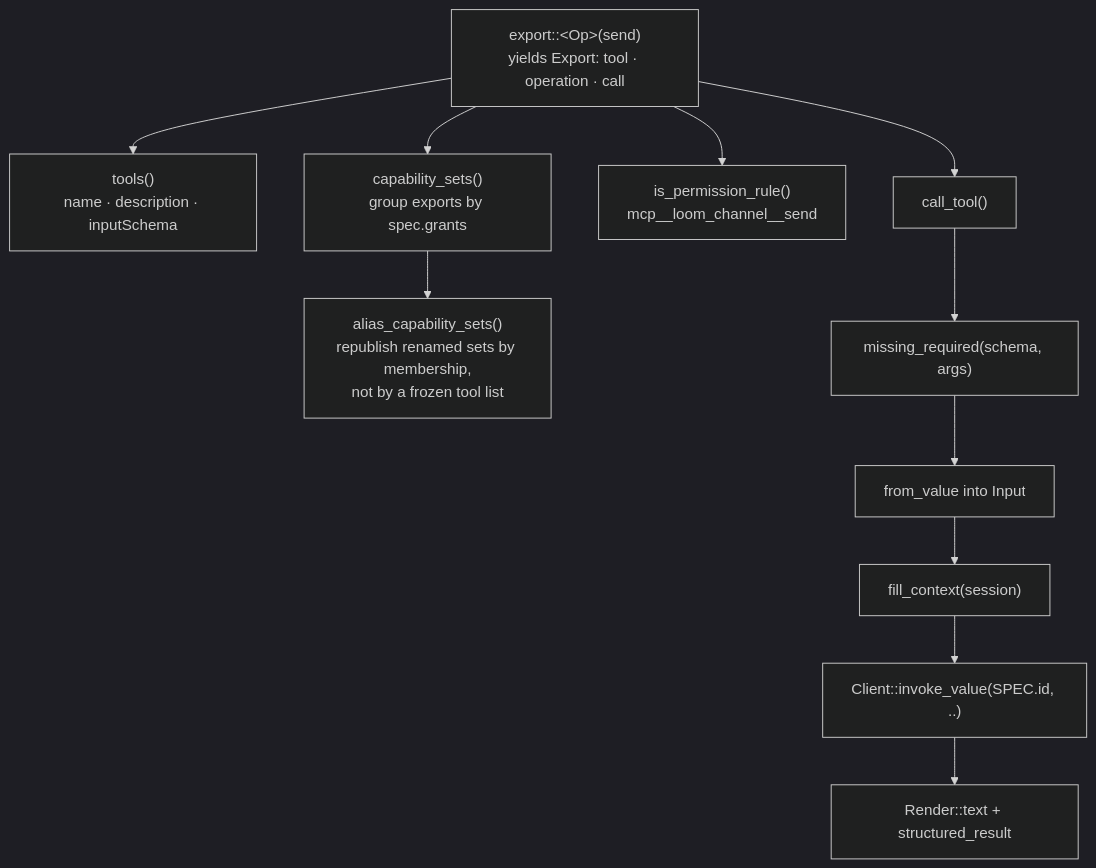
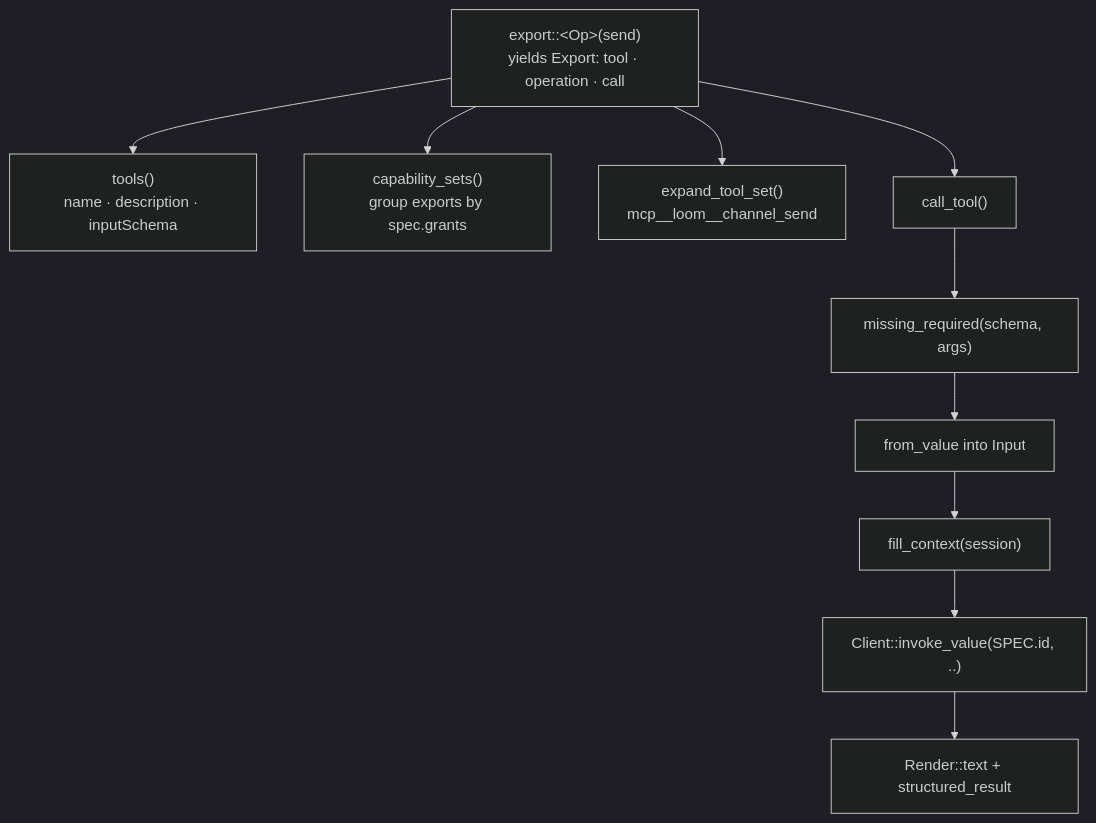
Before and after one commit to marin-community/loom: the sixth of 8 diagrams in docs/operations.md, drawn with Mermaid (dark theme). The commit also changed 40 other files, not shown here.

First line of the commit message:
fix(loom): consolidate builtin MCP transport (#338)

````diff
--- a/docs/operations.md
+++ b/docs/operations.md
@@ -264,17 +264,15 @@
 ```mermaid
 flowchart TD
     EX["export::&lt;Op&gt;(send)<br/>yields Export: tool · operation · call"]
 
     EX --> T["tools()<br/>name · description · inputSchema"]
     EX --> CS["capability_sets()<br/>group exports by spec.grants"]
-    EX --> PR["is_permission_rule()<br/>mcp__loom_channel__send"]
+    EX --> PR["expand_tool_set()<br/>mcp__loom__channel_send"]
     EX --> CALL["call_tool()"]
-
-    CS --> AL["alias_capability_sets()<br/>republish renamed sets by membership,<br/>not by a frozen tool list"]
 
     CALL --> V["missing_required(schema, args)"]
     V --> DE["from_value into Input"]
     DE --> FC["fill_context(session)"]
     FC --> INV["Client::invoke_value(SPEC.id, ..)"]
     INV --> RT["Render::text + structured_result"]
 ```
````
